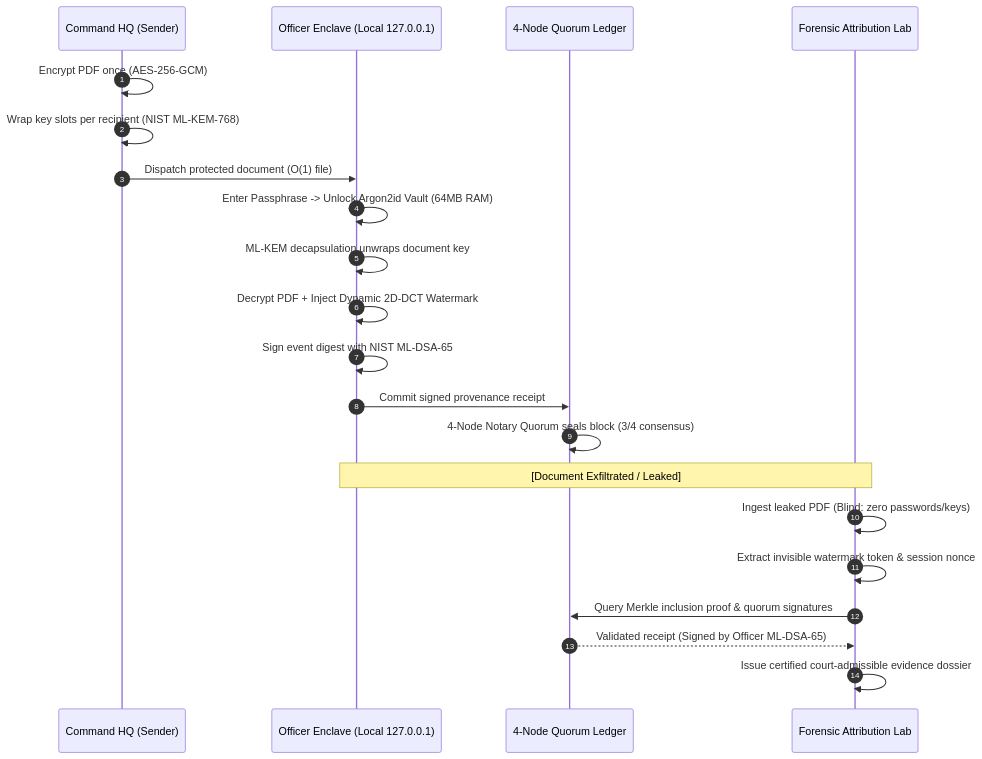
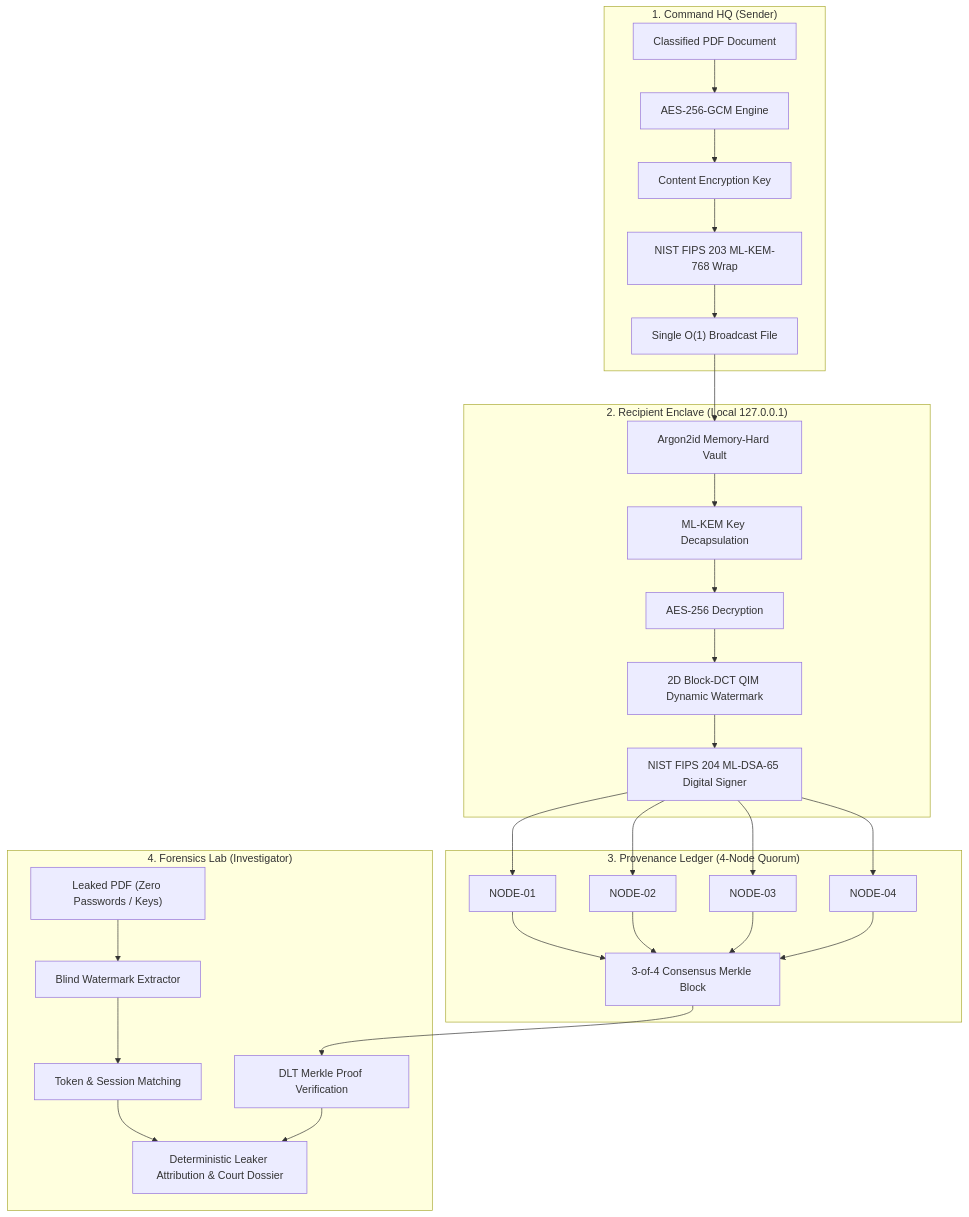
The diagram in README.md (miqdaadisds/TraceLeak), drawn with Mermaid before and after one commit. The commit also changed other lines of this file and 20 other files, not shown here.

````diff
--- a/README.md
+++ b/README.md
@@ -67,24 +98,32 @@
 ```mermaid
-sequenceDiagram
-    autonumber
-    participant HQ as Command HQ (Sender)
-    participant Officer as Officer Enclave (Local 127.0.0.1)
-    participant DLT as 4-Node Quorum Ledger
-    participant Forensics as Forensic Attribution Lab
+graph TD
+    subgraph HQ["1. Command HQ (Sender)"]
+        DOC["Classified PDF Document"] --> ENC["AES-256-GCM Engine"]
+        ENC --> CEK["Content Encryption Key"]
+        CEK --> KEM["NIST FIPS 203 ML-KEM-768 Wrap"]
+        KEM --> SEC["Single O(1) Broadcast File"]
+    end
 
-    HQ->>HQ: Encrypt PDF once (AES-256-GCM)
-    HQ->>HQ: Wrap key slots per recipient (NIST ML-KEM-768)
-    HQ->>Officer: Dispatch protected document (O(1) file)
-    Officer->>Officer: Enter Passphrase -> Unlock Argon2id Vault (64MB RAM)
-    Officer->>Officer: ML-KEM decapsulation unwraps document key
-    Officer->>Officer: Decrypt PDF + Inject Dynamic 2D-DCT Watermark
-    Officer->>Officer: Sign event digest with NIST ML-DSA-65
-    Officer->>DLT: Commit signed provenance receipt
-    DLT->>DLT: 4-Node Notary Quorum seals block (3/4 consensus)
-    Note over Officer,Forensics: [Document Exfiltrated / Leaked]
-    Forensics->>Forensics: Ingest leaked PDF (Blind: zero passwords/keys)
-    Forensics->>Forensics: Extract invisible watermark token & session nonce
-    Forensics->>DLT: Query Merkle inclusion proof & quorum signatures
-    DLT-->>Forensics: Validated receipt (Signed by Officer ML-DSA-65)
-    Forensics->>Forensics: Issue certified court-admissible evidence dossier
+    subgraph WORKSTATION["2. Recipient Enclave (Local 127.0.0.1)"]
+        SEC --> VAULT["Argon2id Memory-Hard Vault"]
+        VAULT --> DECAP["ML-KEM Key Decapsulation"]
+        DECAP --> DEC["AES-256 Decryption"]
+        DEC --> WM["2D Block-DCT QIM Dynamic Watermark"]
+        WM --> SIG["NIST FIPS 204 ML-DSA-65 Digital Signer"]
+    end
+
+    subgraph DLT["3. Provenance Ledger (4-Node Quorum)"]
+        SIG --> NODE1["NODE-01"]
+        SIG --> NODE2["NODE-02"]
+        SIG --> NODE3["NODE-03"]
+        SIG --> NODE4["NODE-04"]
+        NODE1 & NODE2 & NODE3 & NODE4 --> QUORUM["3-of-4 Consensus Merkle Block"]
+    end
+
+    subgraph FORENSICS["4. Forensics Lab (Investigator)"]
+        LEAK["Leaked PDF (Zero Passwords / Keys)"] --> EXTRACT["Blind Watermark Extractor"]
+        EXTRACT --> MATCH["Token & Session Matching"]
+        QUORUM --> AUDIT["DLT Merkle Proof Verification"]
+        MATCH & AUDIT --> VERDICT["Deterministic Leaker Attribution & Court Dossier"]
+    end
 ```
````
